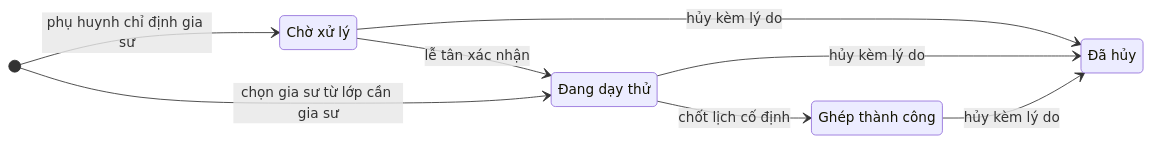
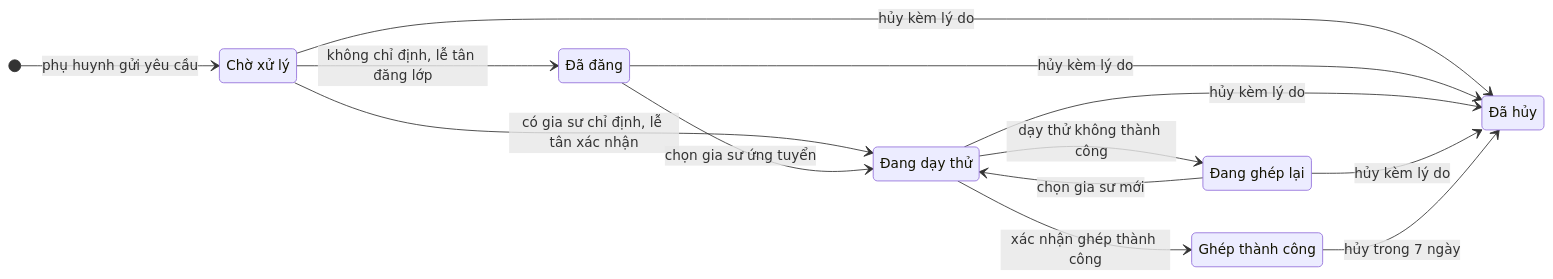
The third of 7 diagrams in docs/project/ARCHITECTURE.md (quangnguyenviet/English-tutor-platform-final-project-2026), drawn with Mermaid before and after one commit. The commit also changed other lines of this file and 10 other files, not shown here.

Commit message:
docs: cập nhật tài liệu gộp Đơn ghép lớp vào Lớp cần gia sư

````diff
--- a/docs/project/ARCHITECTURE.md
+++ b/docs/project/ARCHITECTURE.md
@@ -232,15 +216,22 @@
 ```mermaid
 stateDiagram-v2
     direction LR
     state "Chờ xử lý" as ChoXuLy
+    state "Đã đăng" as DaDang
     state "Đang dạy thử" as DangDayThu
     state "Ghép thành công" as GhepThanhCong
+    state "Đang ghép lại" as DangGhepLai
     state "Đã hủy" as DaHuy
-    [*] --> ChoXuLy: phụ huynh chỉ định gia sư
-    ChoXuLy --> DangDayThu: lễ tân xác nhận
-    [*] --> DangDayThu: chọn gia sư từ lớp cần gia sư
-    DangDayThu --> GhepThanhCong: chốt lịch cố định
+    [*] --> ChoXuLy: phụ huynh gửi yêu cầu
+    ChoXuLy --> DaDang: không chỉ định, lễ tân đăng lớp
+    ChoXuLy --> DangDayThu: có gia sư chỉ định, lễ tân xác nhận
+    DaDang --> DangDayThu: chọn gia sư ứng tuyển
+    DangDayThu --> GhepThanhCong: xác nhận ghép thành công
+    DangDayThu --> DangGhepLai: dạy thử không thành công
+    DangGhepLai --> DangDayThu: chọn gia sư mới
     ChoXuLy --> DaHuy: hủy kèm lý do
+    DaDang --> DaHuy: hủy kèm lý do
     DangDayThu --> DaHuy: hủy kèm lý do
-    GhepThanhCong --> DaHuy: hủy kèm lý do
+    DangGhepLai --> DaHuy: hủy kèm lý do
+    GhepThanhCong --> DaHuy: hủy trong 7 ngày
 ```
````
